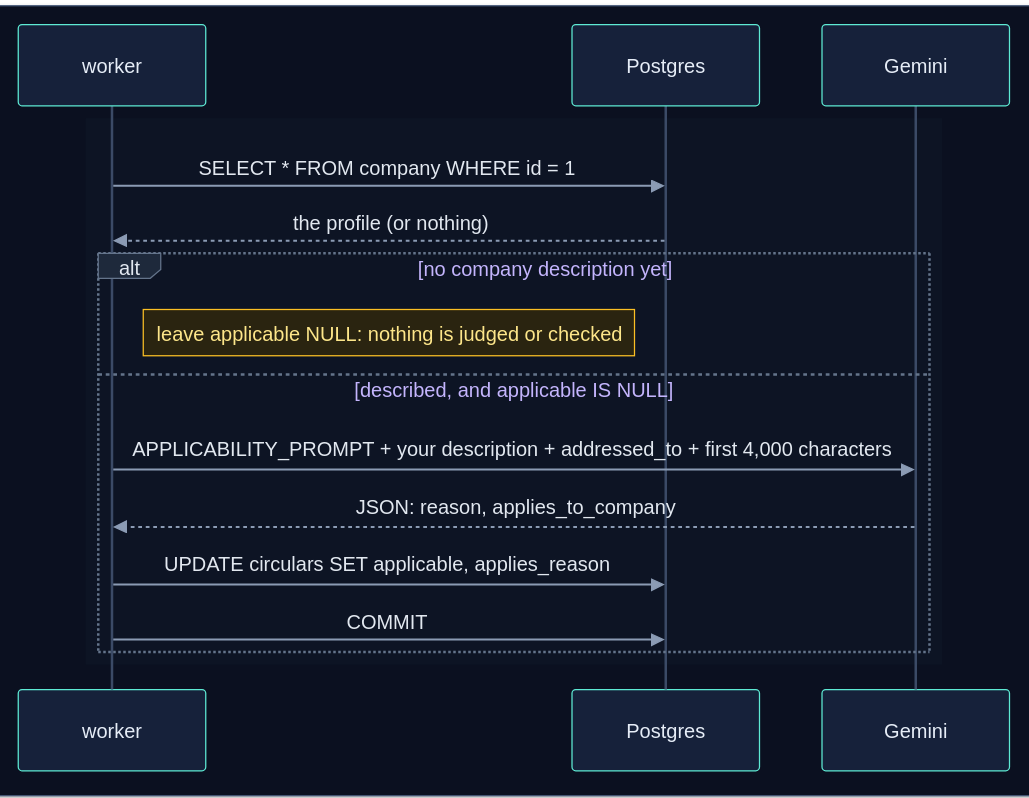
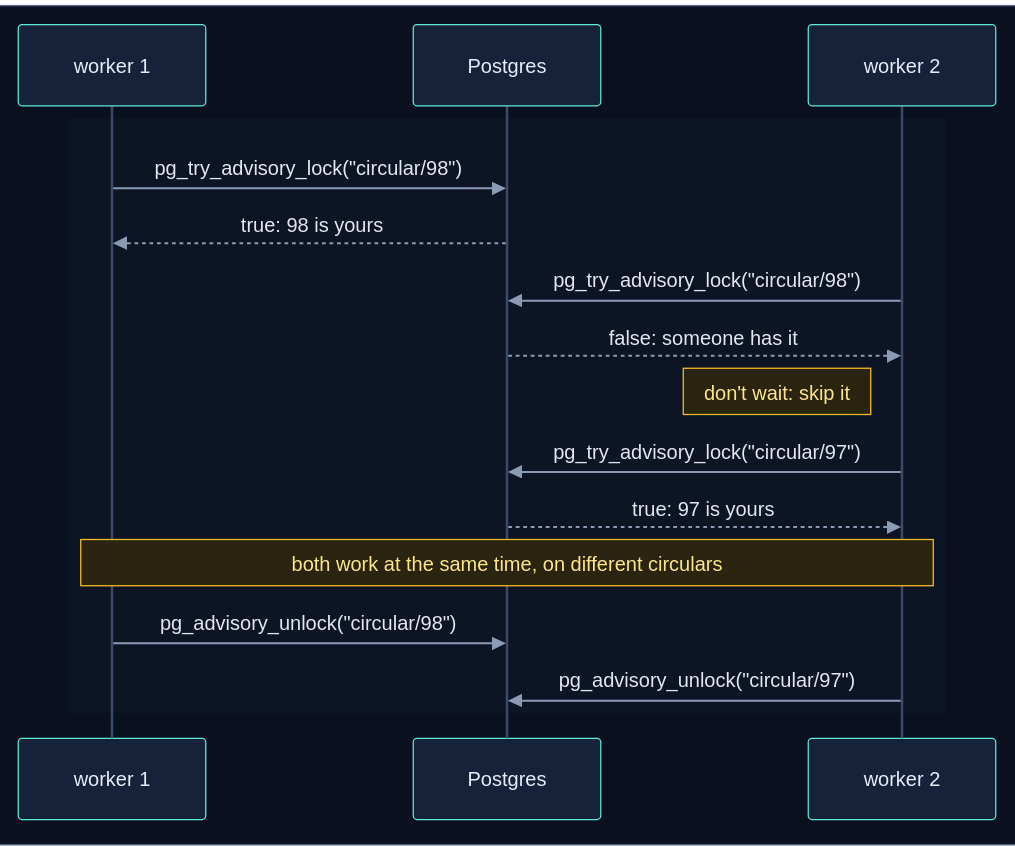
One commit to selvakumarperumal/Regulatory_Circular_Impact_Agent changed the ninth of 12 diagrams in how_the_worker_works.md. Above: the diagram before and after it, drawn with Mermaid. The commit also changed other lines of this file and 4 other files, not shown here.

````diff
--- a/how_the_worker_works.md
+++ b/how_the_worker_works.md
@@ -646,22 +530,22 @@
 ```mermaid
 %%{init: {"theme": "base", "sequence": {"diagramMarginX": 0, "diagramMarginY": 0}, "themeVariables": {"darkMode": true, "primaryColor": "#16213a", "primaryTextColor": "#e6edf7", "primaryBorderColor": "#475a7a", "lineColor": "#8b9bb4", "secondaryColor": "#1b2436", "tertiaryColor": "#101a2e", "edgeLabelBackground": "#0f172a", "textColor": "#e2e8f0", "actorBkg": "#16213a", "actorBorder": "#5eead4", "actorTextColor": "#e6edf7", "actorLineColor": "#3b4a66", "signalColor": "#8b9bb4", "signalTextColor": "#e2e8f0", "noteBkgColor": "#2a2410", "noteBorderColor": "#fbbf24", "noteTextColor": "#fde68a", "labelBoxBkgColor": "#1e293b", "labelBoxBorderColor": "#64748b", "labelTextColor": "#e2e8f0", "loopTextColor": "#c4b5fd", "sequenceNumberColor": "#0b1020", "activationBkgColor": "#1e293b"}}}%%
 sequenceDiagram
     box rgb(11, 16, 32)
-        participant K as worker
-        participant PG as Postgres
-        participant G as Gemini
+        participant W1 as worker 1
+        participant DB as Postgres
+        participant W2 as worker 2
     end
 
     rect rgb(13, 20, 36)
-        K->>PG: SELECT * FROM company WHERE id = 1
-        PG-->>K: the profile (or nothing)
-        alt no company description yet
-            Note right of K: leave applicable NULL: nothing is judged or checked
-        else described, and applicable IS NULL
-            K->>G: APPLICABILITY_PROMPT + your description + addressed_to + first 4,000 characters
-            G-->>K: JSON: reason, applies_to_company
-            K->>PG: UPDATE circulars SET applicable, applies_reason
-            K->>PG: COMMIT
-        end
+        W1->>DB: pg_try_advisory_lock("circular/98")
+        DB-->>W1: true: 98 is yours
+        W2->>DB: pg_try_advisory_lock("circular/98")
+        DB-->>W2: false: someone has it
+        Note left of W2: don't wait: skip it
+        W2->>DB: pg_try_advisory_lock("circular/97")
+        DB-->>W2: true: 97 is yours
+        Note over W1,W2: both work at the same time, on different circulars
+        W1->>DB: pg_advisory_unlock("circular/98")
+        W2->>DB: pg_advisory_unlock("circular/97")
     end
 ```
````
